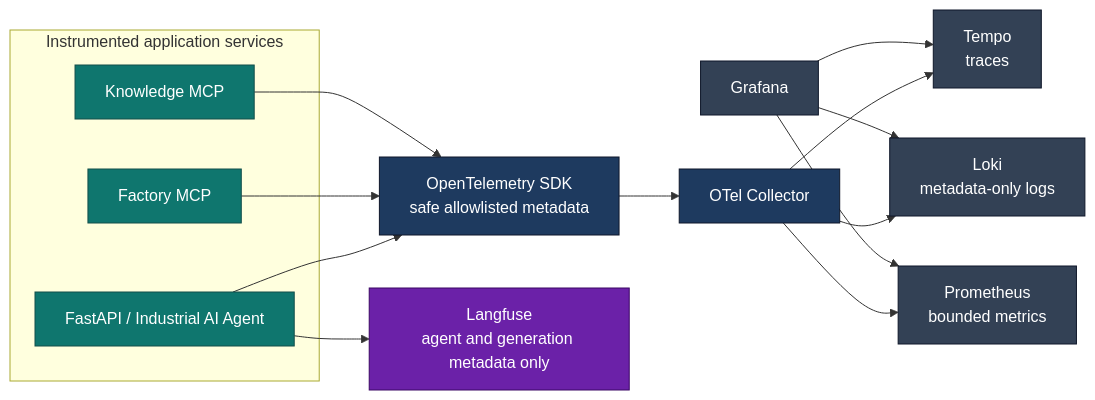
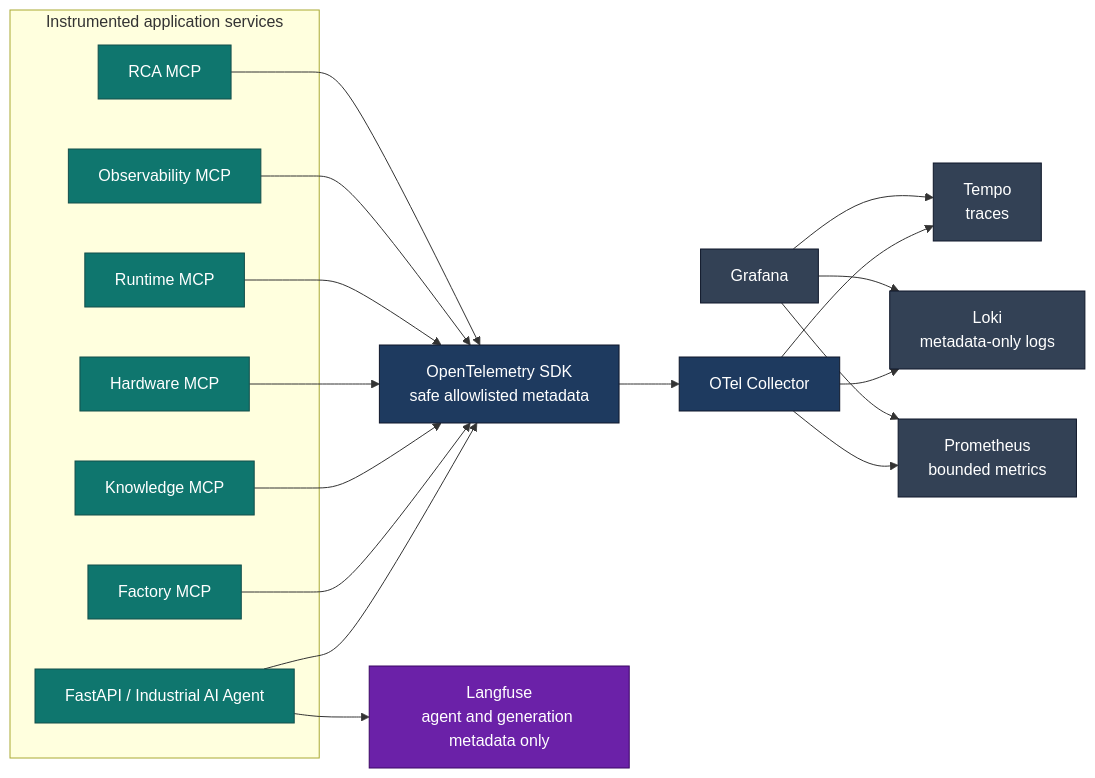
One commit to aboerzel/industrial-ai-agent changed the first of 4 diagrams in docs/architecture/observability.md. Above: the diagram before and after it, drawn with Mermaid. The commit also changed 4 other files, not shown here.

Commit message:
docs: sync documentation with current architecture

````diff
--- a/docs/architecture/observability.md
+++ b/docs/architecture/observability.md
@@ -21,28 +21,36 @@
 ```mermaid
 flowchart LR
     subgraph App["Instrumented application services"]
         API["FastAPI / Industrial AI Agent"]
         Factory["Factory MCP"]
         Knowledge["Knowledge MCP"]
+        Hardware["Hardware MCP"]
+        Runtime["Runtime MCP"]
+        Observability["Observability MCP"]
+        RCA["RCA MCP"]
     end
     SDK["OpenTelemetry SDK<br/>safe allowlisted metadata"] --> Collector["OTel Collector"]
     API --> SDK
     Factory --> SDK
     Knowledge --> SDK
+    Hardware --> SDK
+    Runtime --> SDK
+    Observability --> SDK
+    RCA --> SDK
     Collector --> Tempo["Tempo<br/>traces"]
     Collector --> Loki["Loki<br/>metadata-only logs"]
     Collector --> Prometheus["Prometheus<br/>bounded metrics"]
     Grafana["Grafana"] --> Tempo
     Grafana --> Loki
     Grafana --> Prometheus
     API --> Langfuse["Langfuse<br/>agent and generation metadata only"]
 
     classDef app fill:#0f766e,stroke:#134e4a,color:#ffffff
     classDef pipeline fill:#1e3a5f,stroke:#0f172a,color:#ffffff
     classDef backend fill:#334155,stroke:#0f172a,color:#ffffff
     classDef metadata fill:#6b21a8,stroke:#3b0764,color:#ffffff
-    class API,Factory,Knowledge app
+    class API,Factory,Knowledge,Hardware,Runtime,Observability,RCA app
     class SDK,Collector pipeline
     class Tempo,Loki,Prometheus,Grafana backend
     class Langfuse metadata
 ```
````
